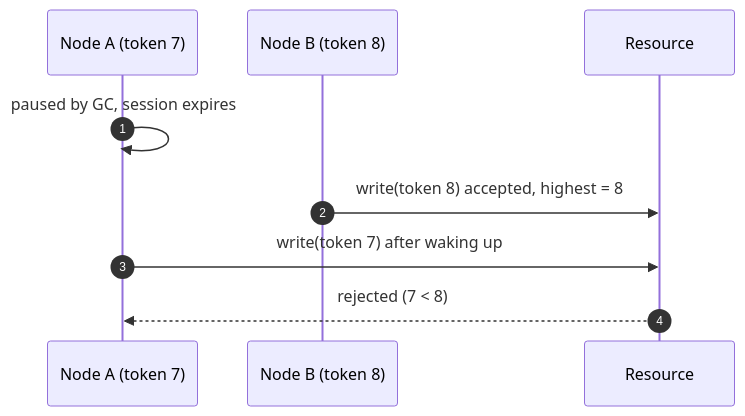
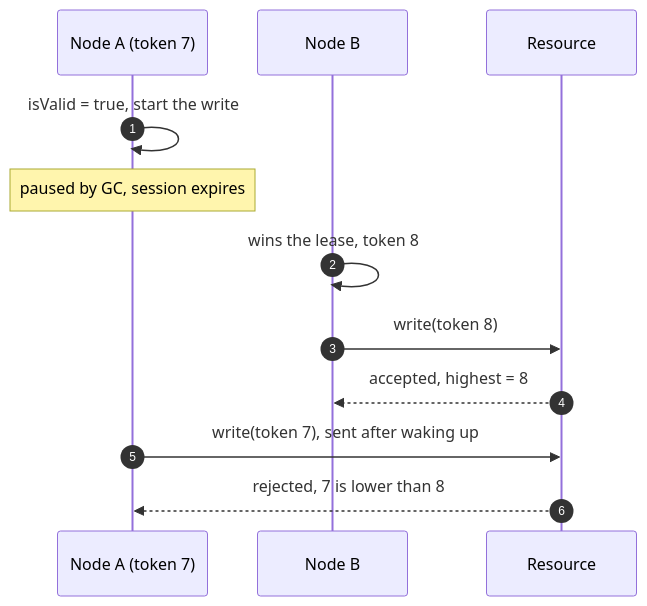
One commit to Ahoo-Wang/Simba changed the diagram in wiki/guide/correctness.md. Above: the diagram before and after it, drawn with Mermaid. The commit also changed other lines of this file and 49 other files, not shown here.

First line of the commit message:
docs(wiki): rewrite the docs from first principles; render Mermaid as CoCache does (#652)

````diff
--- a/wiki/guide/correctness.md
+++ b/wiki/guide/correctness.md
@@ -150,11 +17,14 @@
 ```mermaid
 sequenceDiagram
-autonumber
+    autonumber
     participant A as Node A (token 7)
-    participant B as Node B (token 8)
+    participant B as Node B
     participant R as Resource
-    A->>A: paused by GC, session expires
-    B->>R: write(token 8) accepted, highest = 8
-    A->>R: write(token 7) after waking up
-    R-->>A: rejected (7 < 8)
+    A->>A: isValid = true, start the write
+    Note over A: paused by GC, session expires
+    B->>B: wins the lease, token 8
+    B->>R: write(token 8)
+    R-->>B: accepted, highest = 8
+    A->>R: write(token 7), sent after waking up
+    R-->>A: rejected, 7 is lower than 8
 ```
````
